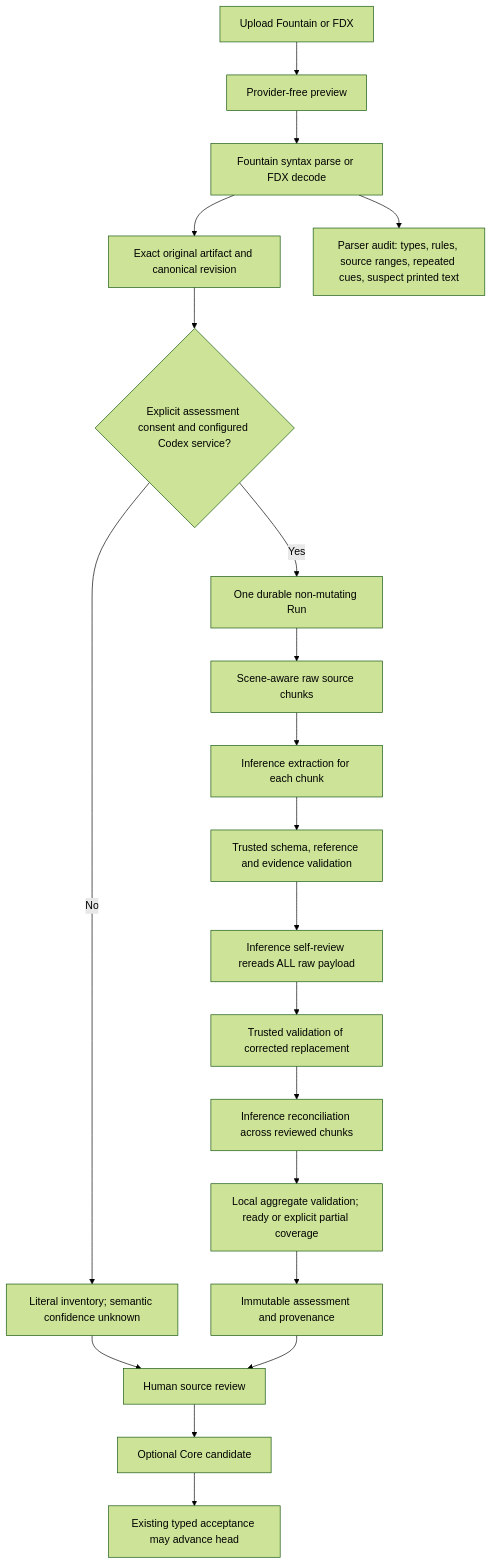
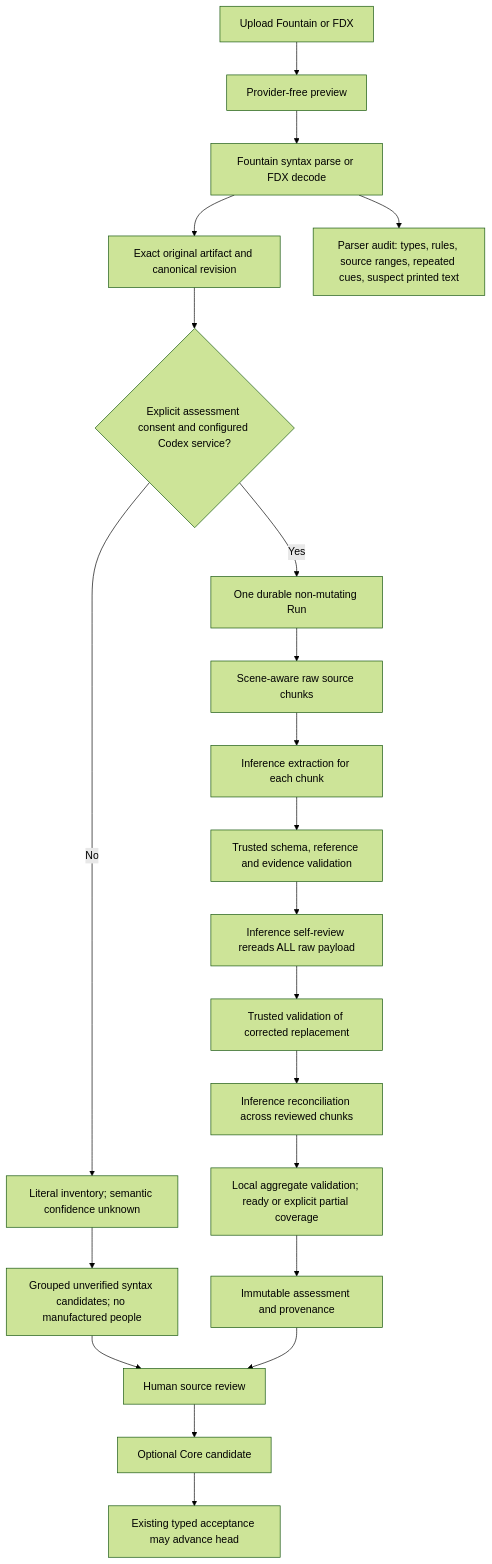
Before and after one commit to nshkrdotcom/fount: the first of 2 diagrams in docs/architecture/IMPORT_WORKFLOW.md, drawn with Mermaid (forest theme). The commit also changed other lines of this file and 50 other files, not shown here.

````diff
--- a/docs/architecture/IMPORT_WORKFLOW.md
+++ b/docs/architecture/IMPORT_WORKFLOW.md
@@ -7,22 +7,23 @@
 ```mermaid
 flowchart TD
     A[Upload Fountain or FDX] --> B[Provider-free preview]
     B --> C[Fountain syntax parse or FDX decode]
     C --> D[Exact original artifact and canonical revision]
     C --> E[Parser audit: types, rules, source ranges, repeated cues, suspect printed text]
     D --> F{Explicit assessment consent and configured Codex service?}
     F -->|No| G[Literal inventory; semantic confidence unknown]
     F -->|Yes| H[One durable non-mutating Run]
     H --> I[Scene-aware raw source chunks]
     I --> J[Inference extraction for each chunk]
     J --> K[Trusted schema, reference and evidence validation]
     K --> L[Inference self-review rereads ALL raw payload]
     L --> M[Trusted validation of corrected replacement]
     M --> N[Inference reconciliation across reviewed chunks]
     N --> O[Local aggregate validation; ready or explicit partial coverage]
     O --> P[Immutable assessment and provenance]
-    G --> Q[Human source review]
+    G --> G2[Grouped unverified syntax candidates; no manufactured people]
+    G2 --> Q[Human source review]
     P --> Q
     Q --> R[Optional Core candidate]
     R --> S[Existing typed acceptance may advance head]
 ```
````
